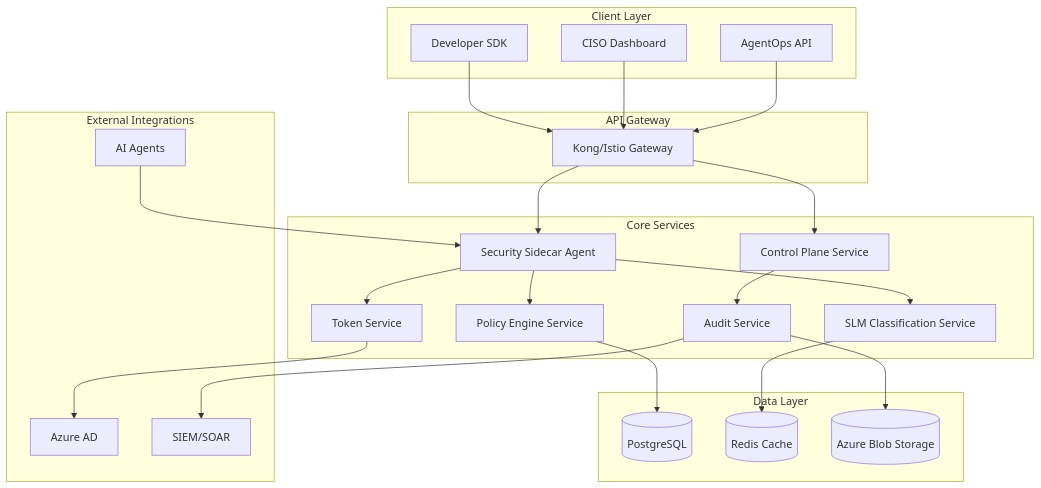
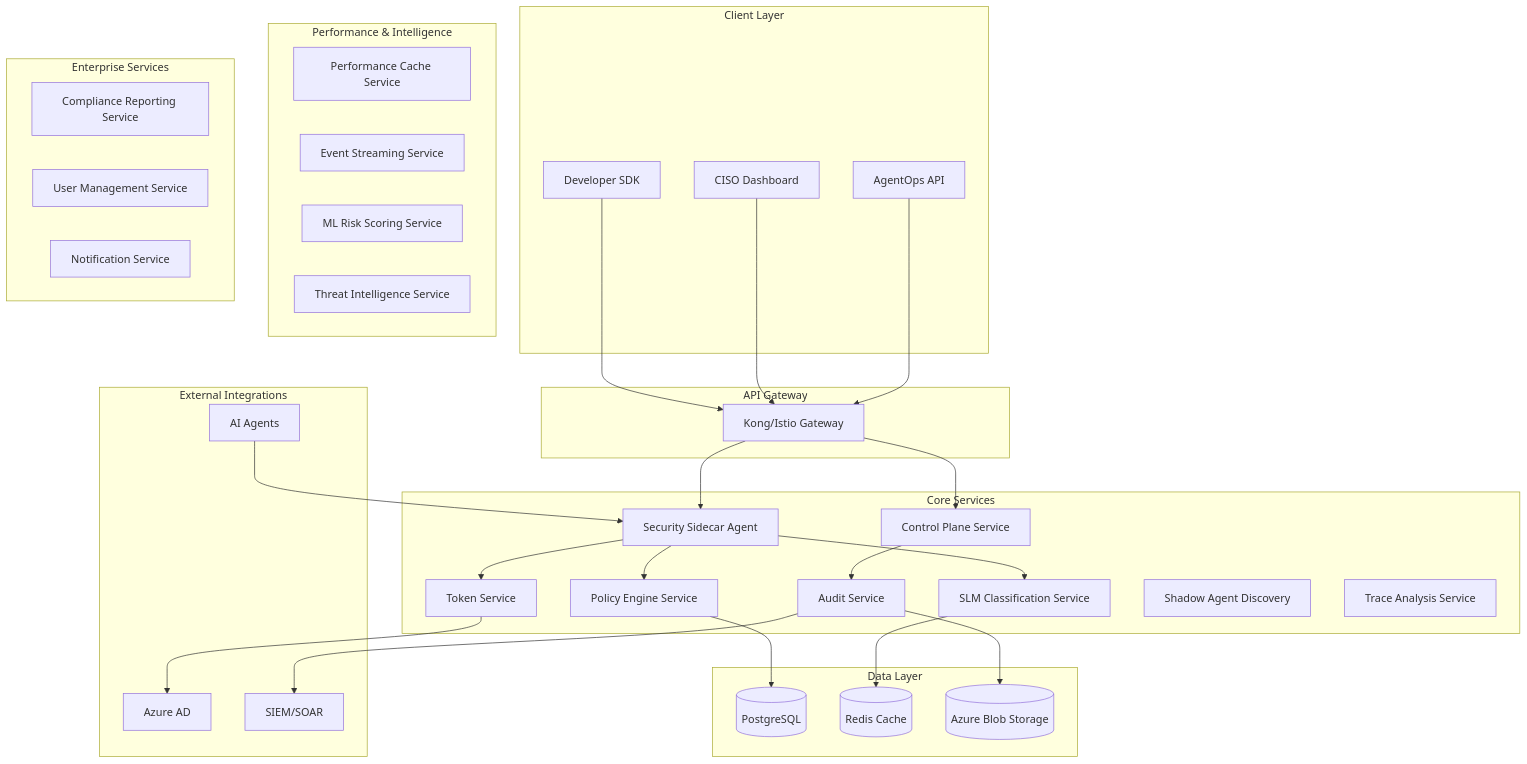
Before and after one commit to agentguard-ai/tealtiger: the first of 2 diagrams in docs/design.md, drawn with Mermaid. The commit also changed other lines of this file and 7 other files, not shown here.

````diff
--- a/docs/design.md
+++ b/docs/design.md
@@ -35,49 +35,64 @@
 ```mermaid
 graph TB
     subgraph "Client Layer"
         SDK[Developer SDK]
         UI[CISO Dashboard]
         API[AgentOps API]
     end
     
     subgraph "API Gateway"
         GW[Kong/Istio Gateway]
     end
     
     subgraph "Core Services"
         SSA[Security Sidecar Agent]
         SLM[SLM Classification Service]
         PE[Policy Engine Service]
         CP[Control Plane Service]
         AS[Audit Service]
         TS[Token Service]
+        SAD[Shadow Agent Discovery]
+        TAS[Trace Analysis Service]
+    end
+    
+    subgraph "Performance & Intelligence"
+        PCS[Performance Cache Service]
+        ESS[Event Streaming Service]
+        MLRS[ML Risk Scoring Service]
+        TIS[Threat Intelligence Service]
+    end
+    
+    subgraph "Enterprise Services"
+        CRS[Compliance Reporting Service]
+        UMS[User Management Service]
+        NMS[Notification Service]
     end
     
     subgraph "Data Layer"
         PG[(PostgreSQL)]
         REDIS[(Redis Cache)]
         BLOB[(Azure Blob Storage)]
     end
     
     subgraph "External Integrations"
         AAD[Azure AD]
         SIEM[SIEM/SOAR]
         AGENTS[AI Agents]
     end
     
     SDK --> GW
     UI --> GW
     API --> GW
     GW --> SSA
     GW --> CP
     SSA --> SLM
     SSA --> PE
     SSA --> TS
     CP --> AS
     AS --> BLOB
     PE --> PG
     SLM --> REDIS
     TS --> AAD
     AS --> SIEM
     AGENTS --> SSA
 ```
````
